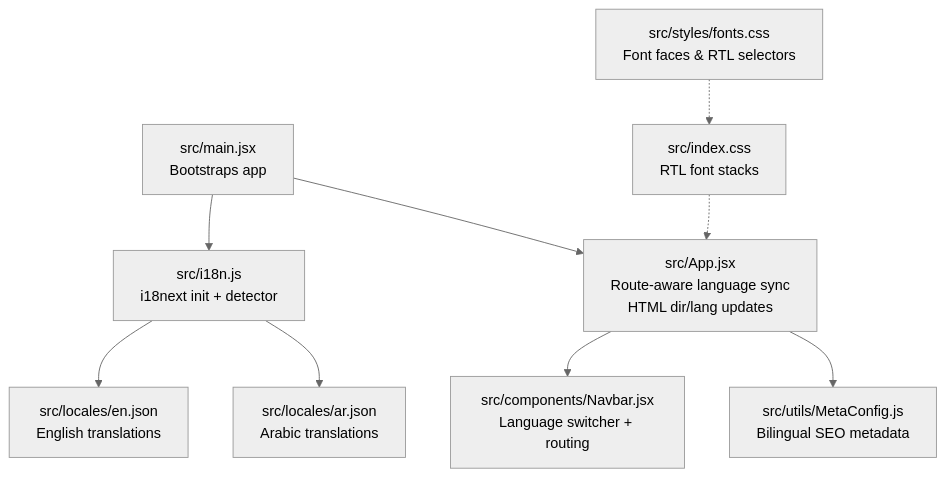
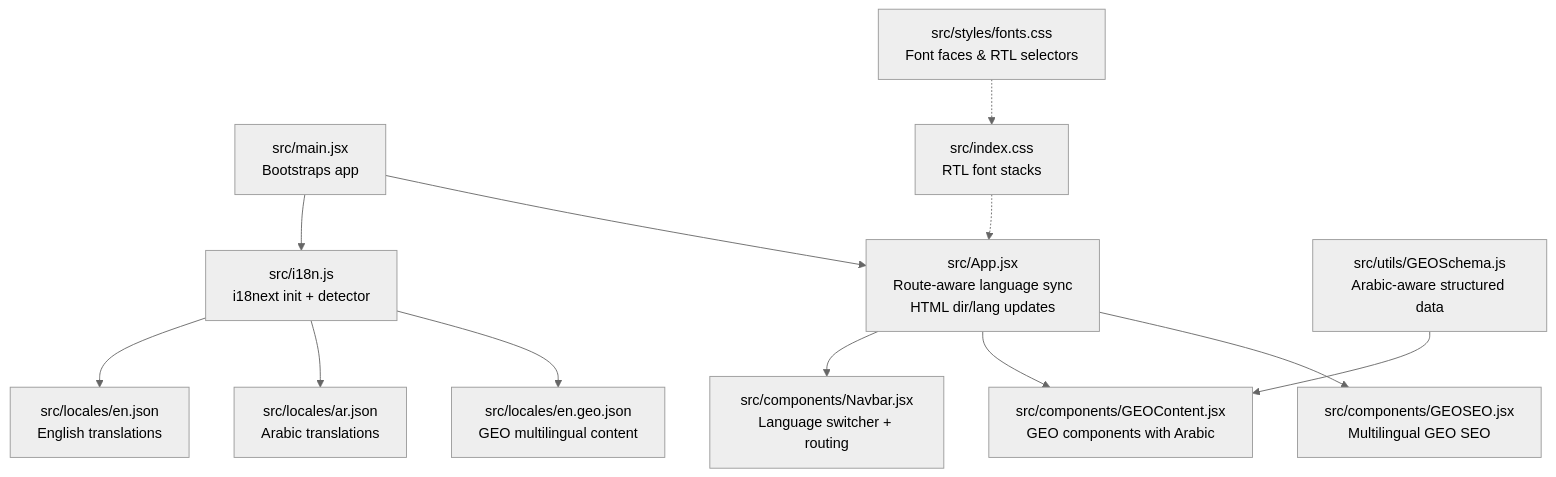
One commit to rumuze/landing-page changed the first of 8 diagrams in .qoder/repowiki/en/content/Internationalization (i18n)/Internationalization (i18n).md. Above: the diagram before and after it, drawn with Mermaid (neutral theme). The commit also changed other lines of this file and 5 other files, not shown here.

First line of the commit message:
feat(seo): implement FAANG-level bilingual SEO+GEO infrastructure

````diff
--- a/.qoder/repowiki/en/content/Internationalization (i18n)/Internationalization (i18n).md
+++ b/.qoder/repowiki/en/content/Internationalization (i18n)/Internationalization (i18n).md
@@ -42,11 +59,14 @@
 ```mermaid
 graph TB
 A["src/main.jsx<br/>Bootstraps app"] --> B["src/i18n.js<br/>i18next init + detector"]
 B --> C["src/locales/en.json<br/>English translations"]
 B --> D["src/locales/ar.json<br/>Arabic translations"]
-A --> E["src/App.jsx<br/>Route-aware language sync<br/>HTML dir/lang updates"]
-E --> F["src/components/Navbar.jsx<br/>Language switcher + routing"]
-E --> G["src/utils/MetaConfig.js<br/>Bilingual SEO metadata"]
-H["src/index.css<br/>RTL font stacks"] -.-> E
-I["src/styles/fonts.css<br/>Font faces & RTL selectors"] -.-> H
+B --> E["src/locales/en.geo.json<br/>GEO multilingual content"]
+A --> F["src/App.jsx<br/>Route-aware language sync<br/>HTML dir/lang updates"]
+F --> G["src/components/Navbar.jsx<br/>Language switcher + routing"]
+F --> H["src/components/GEOContent.jsx<br/>GEO components with Arabic"]
+F --> I["src/components/GEOSEO.jsx<br/>Multilingual GEO SEO"]
+J["src/utils/GEOSchema.js<br/>Arabic-aware structured data"] --> H
+K["src/index.css<br/>RTL font stacks"] -.-> F
+L["src/styles/fonts.css<br/>Font faces & RTL selectors"] -.-> K
 ```
````
